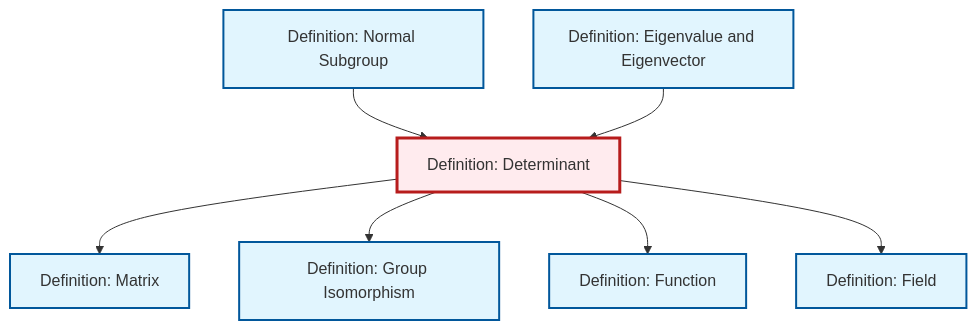
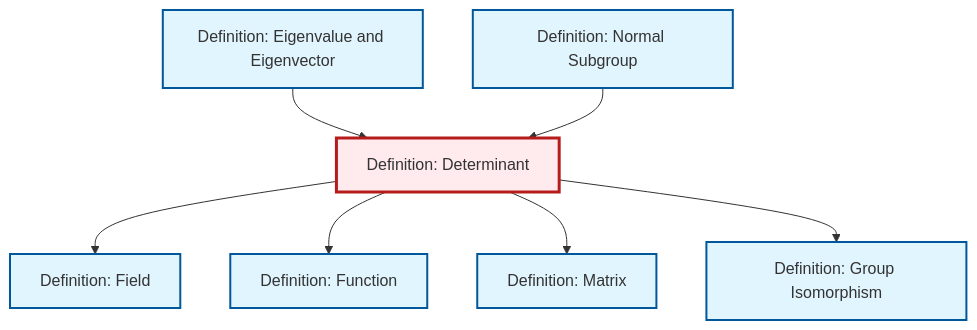
One commit to RK0429/ModernMath changed the diagram in content/ja/algebra/def-determinant.qmd. Above: the diagram before and after it, drawn with Mermaid. The commit also changed other lines of this file and 634 other files, not shown here.

````diff
--- a/content/ja/algebra/def-determinant.qmd
+++ b/content/ja/algebra/def-determinant.qmd
@@ -82,29 +82,29 @@
 ```{mermaid}
 %%| fig-cap: "Local dependency graph"
 graph TD
     classDef definition fill:#e1f5fe,stroke:#01579b,stroke-width:2px
     classDef theorem fill:#f3e5f5,stroke:#4a148c,stroke-width:2px
     classDef axiom fill:#fff3e0,stroke:#e65100,stroke-width:2px
     classDef example fill:#e8f5e9,stroke:#1b5e20,stroke-width:2px
     classDef current fill:#ffebee,stroke:#b71c1c,stroke-width:3px
-    def-normal-subgroup["Definition: Normal Subgroup"]:::definition
-    def-determinant["Definition: Determinant"]:::definition
     def-eigenvalue-eigenvector["Definition: Eigenvalue and Eigenvector"]:::definition
     def-isomorphism["Definition: Group Isomorphism"]:::definition
+    def-normal-subgroup["Definition: Normal Subgroup"]:::definition
+    def-function["Definition: Function"]:::definition
     def-field["Definition: Field"]:::definition
+    def-determinant["Definition: Determinant"]:::definition
     def-matrix["Definition: Matrix"]:::definition
-    def-function["Definition: Function"]:::definition
-    def-determinant --> def-matrix
-    def-normal-subgroup --> def-determinant
-    def-determinant --> def-isomorphism
-    def-determinant --> def-function
     def-determinant --> def-field
     def-eigenvalue-eigenvector --> def-determinant
+    def-normal-subgroup --> def-determinant
+    def-determinant --> def-function
+    def-determinant --> def-matrix
+    def-determinant --> def-isomorphism
     class def-determinant current
-    click def-normal-subgroup "def-normal-subgroup.html" "Definition: Normal Subgroupへ"
     click def-eigenvalue-eigenvector "def-eigenvalue-eigenvector.html" "Definition: Eigenvalue and Eigenvectorへ"
     click def-isomorphism "def-isomorphism.html" "Definition: Group Isomorphismへ"
+    click def-normal-subgroup "def-normal-subgroup.html" "Definition: Normal Subgroupへ"
+    click def-function "def-function.html" "Definition: Functionへ"
     click def-field "def-field.html" "Definition: Fieldへ"
     click def-matrix "def-matrix.html" "Definition: Matrixへ"
-    click def-function "def-function.html" "Definition: Functionへ"
 ```
````
